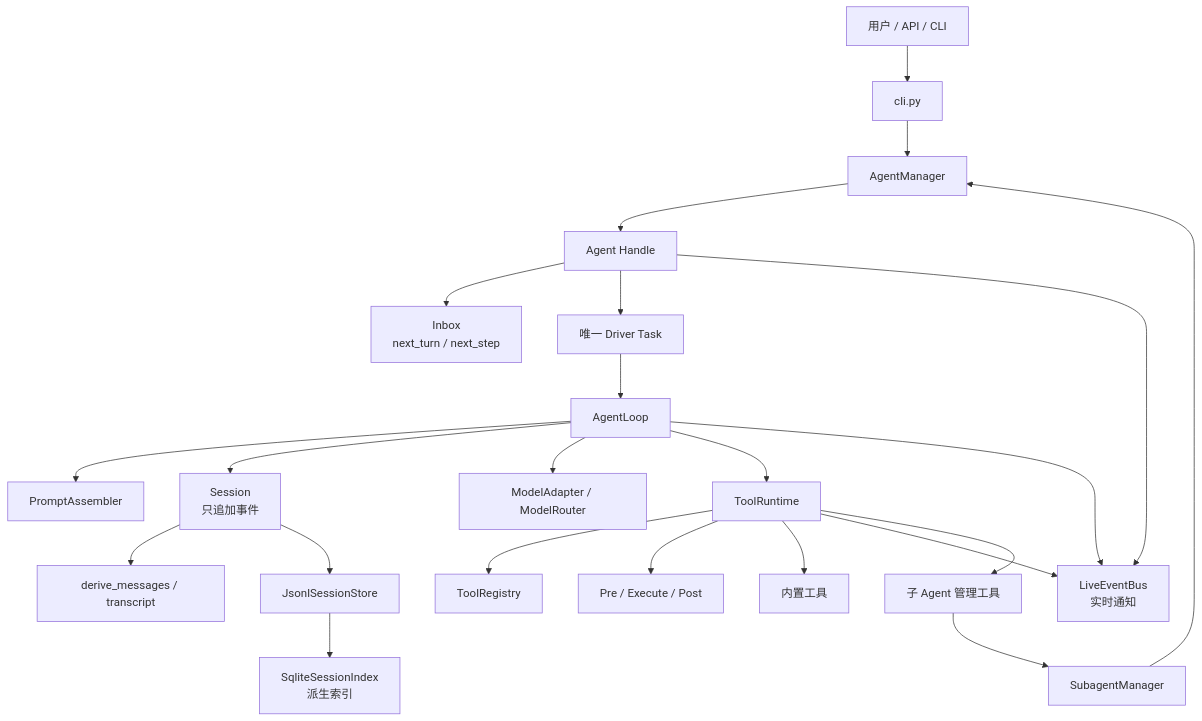
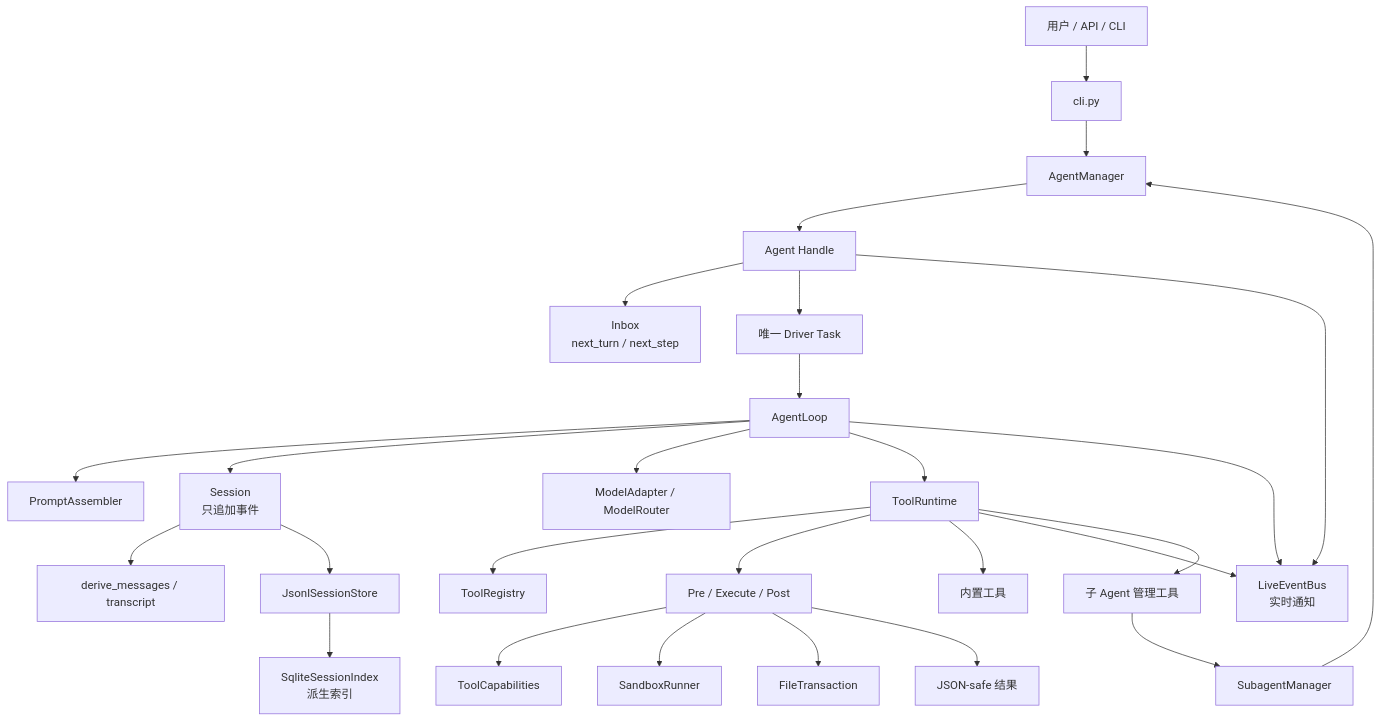
Before and after one commit to m13jh/agent: the first of 6 diagrams in PYTHON_AGENT_TUTORIAL.md, drawn with Mermaid. The commit also changed other lines of this file and 38 other files, not shown here.

````diff
--- a/PYTHON_AGENT_TUTORIAL.md
+++ b/PYTHON_AGENT_TUTORIAL.md
@@ -114,25 +180,29 @@
 ```mermaid
 flowchart TB
     User[用户 / API / CLI] --> CLI[cli.py]
     CLI --> Manager[AgentManager]
     Manager --> Agent[Agent Handle]
     Agent --> Inbox[Inbox<br/>next_turn / next_step]
     Agent --> Driver[唯一 Driver Task]
     Driver --> Loop[AgentLoop]
     Loop --> Prompt[PromptAssembler]
     Loop --> Session[Session<br/>只追加事件]
     Loop --> LLM[ModelAdapter / ModelRouter]
     Loop --> Runtime[ToolRuntime]
     Runtime --> Registry[ToolRegistry]
     Runtime --> Policies[Pre / Execute / Post]
+    Policies --> Capabilities[ToolCapabilities]
+    Policies --> Sandbox[SandboxRunner]
+    Policies --> Transaction[FileTransaction]
+    Policies --> Serialize[JSON-safe 结果]
     Runtime --> Builtins[内置工具]
     Session --> Projection[derive_messages / transcript]
     Session --> JSONL[JsonlSessionStore]
     JSONL --> SQLite[SqliteSessionIndex<br/>派生索引]
     Agent --> Bus[LiveEventBus<br/>实时通知]
     Runtime --> Bus
     Loop --> Bus
     Runtime --> SubTool[子 Agent 管理工具]
     SubTool --> SubMgr[SubagentManager]
     SubMgr --> Manager
 ```
````
